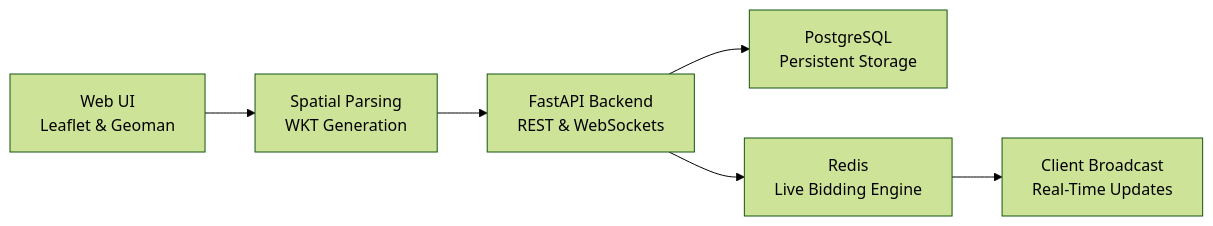
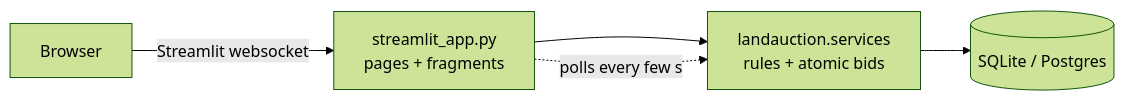
The diagram in README.md (code-4fnan/LandAuction), drawn with Mermaid (forest theme) before and after one commit. The commit also changed other lines of this file and 49 other files, not shown here.

First line of the commit message:
Rebuild LandAuction as a Streamlit app with satellite UI and photo galleries

````diff
--- a/README.md
+++ b/README.md
@@ -22,9 +118,7 @@
 ```mermaid
 graph LR
-    A[Web UI <br/> Leaflet & Geoman] --> B[Spatial Parsing <br/> WKT Generation]
-    B --> C[FastAPI Backend <br/> REST & WebSockets]
-    C --> D[PostgreSQL <br/> Persistent Storage]
-    C --> E[Redis <br/> Live Bidding Engine]
-    E --> F[Client Broadcast <br/> Real-Time Updates]
-
+    A[Browser] -->|Streamlit websocket| B[streamlit_app.py<br/>pages + fragments]
+    B --> C[landauction.services<br/>rules + atomic bids]
+    C --> D[(SQLite / Postgres)]
+    B -. polls every few s .-> C
 ```
````
